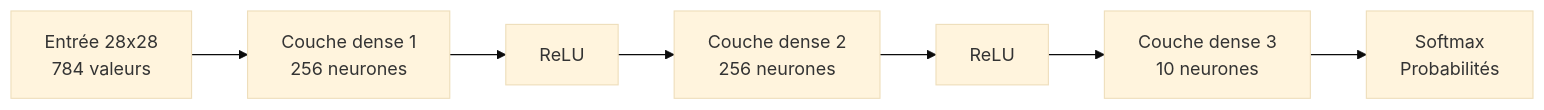
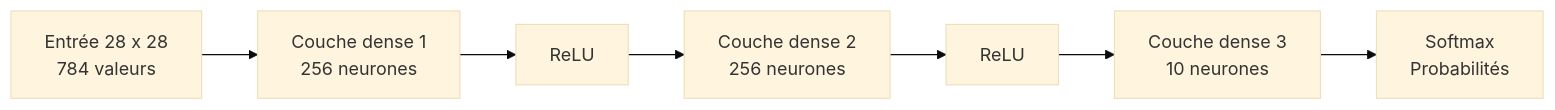
Before and after one commit to Sitavi/MNIST-on-microcontroler: the first of 2 diagrams in README.md, drawn with Mermaid (base theme). The commit also changed other lines of this file and 5 other files, not shown here.

````diff
--- a/README.md
+++ b/README.md
@@ -45,9 +59,9 @@
 ```mermaid
 flowchart LR
-  A[Entrée 28x28<br/>784 valeurs] --> B[Couche dense 1<br/>256 neurones]
+  A[Entrée 28 x 28<br/>784 valeurs] --> B[Couche dense 1<br/>256 neurones]
   B --> C[ReLU]
   C --> D[Couche dense 2<br/>256 neurones]
   D --> E[ReLU]
   E --> F[Couche dense 3<br/>10 neurones]
   F --> G[Softmax<br/>Probabilités]
 ```
````
